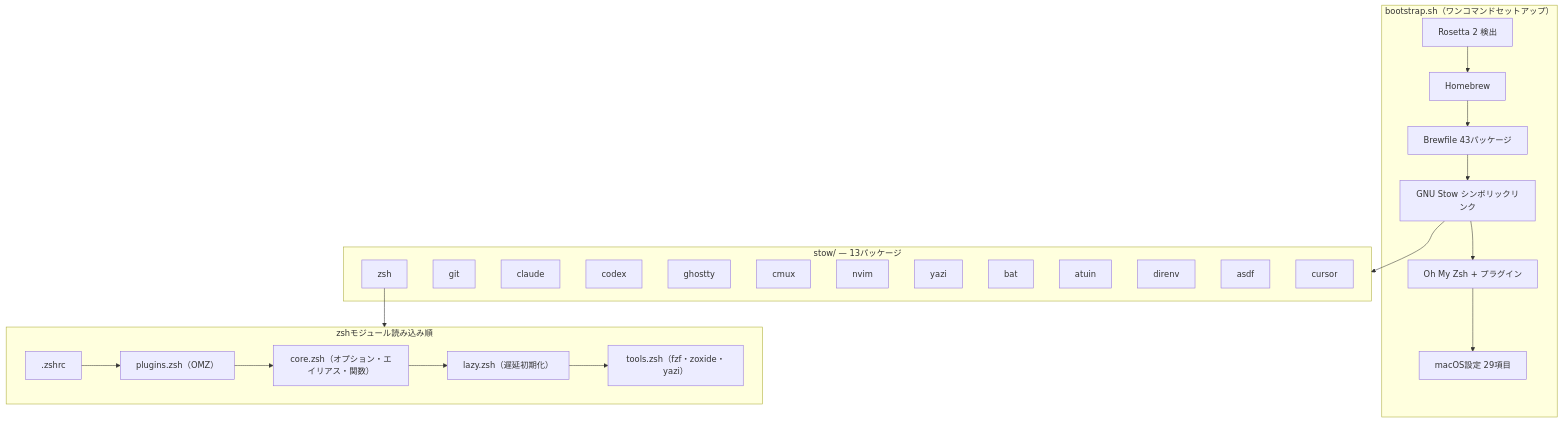
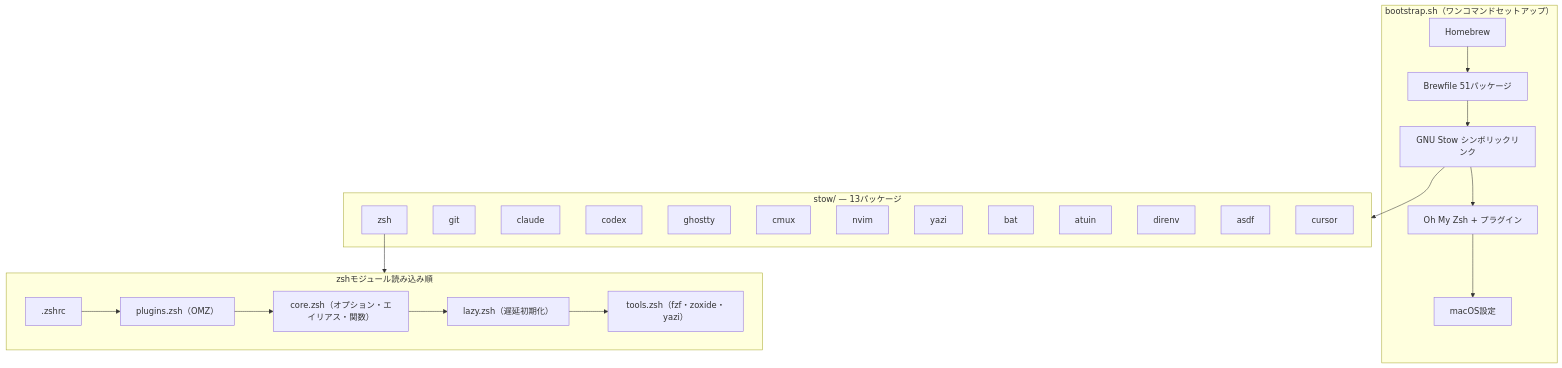
Before and after one commit to otake-shol/dotfiles: the diagram in README.md, drawn with Mermaid. The commit also changed other lines of this file and 3 other files, not shown here.

````diff
--- a/README.md
+++ b/README.md
@@ -54,36 +55,36 @@
 ```mermaid
 graph TB
     subgraph bootstrap["bootstrap.sh（ワンコマンドセットアップ）"]
-        B1[Rosetta 2 検出] --> B2[Homebrew]
-        B2 --> B3[Brewfile 43パッケージ]
-        B3 --> B4[GNU Stow シンボリックリンク]
-        B4 --> B5[Oh My Zsh + プラグイン]
-        B5 --> B6[macOS設定 29項目]
+        B1[Homebrew]
+        B1 --> B2[Brewfile 51パッケージ]
+        B2 --> B3[GNU Stow シンボリックリンク]
+        B3 --> B4[Oh My Zsh + プラグイン]
+        B4 --> B5[macOS設定]
     end
 
     subgraph stow["stow/ — 13パッケージ"]
         S1[zsh]
         S2[git]
         S3[claude]
         S4[codex]
         S5[ghostty]
         S6[cmux]
         S7[nvim]
         S8[yazi]
         S9[bat]
         S10[atuin]
         S11[direnv]
         S12[asdf]
         S13[cursor]
     end
 
     subgraph shell["zshモジュール読み込み順"]
         Z1[".zshrc"] --> Z2["plugins.zsh（OMZ）"]
         Z2 --> Z3["core.zsh（オプション・エイリアス・関数）"]
         Z3 --> Z4["lazy.zsh（遅延初期化）"]
         Z4 --> Z5["tools.zsh（fzf・zoxide・yazi）"]
     end
 
-    B4 --> stow
+    B3 --> stow
     S1 --> shell
 ```
````
